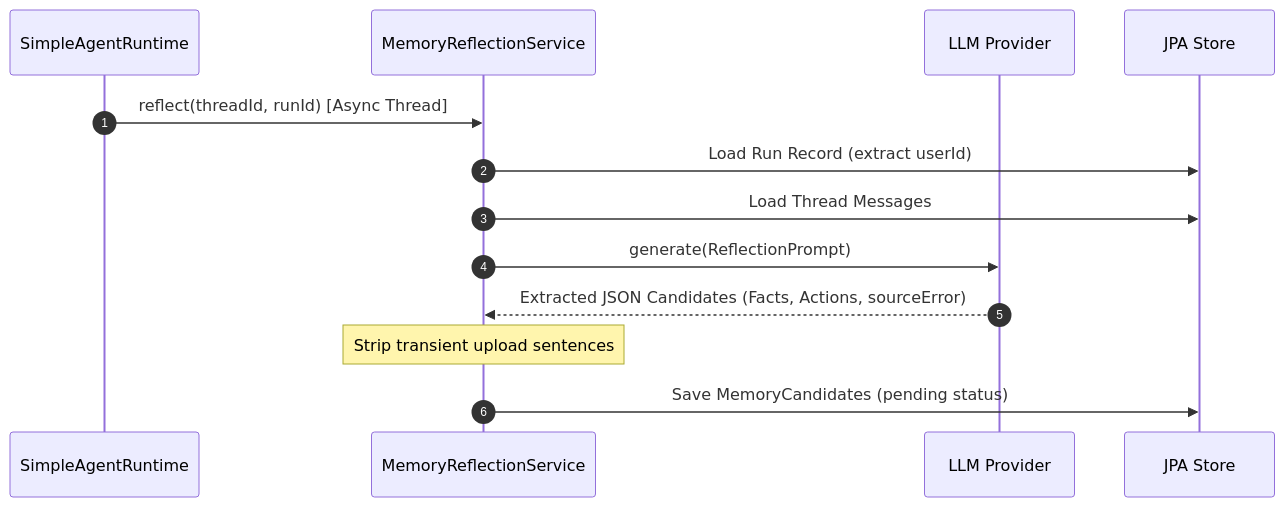
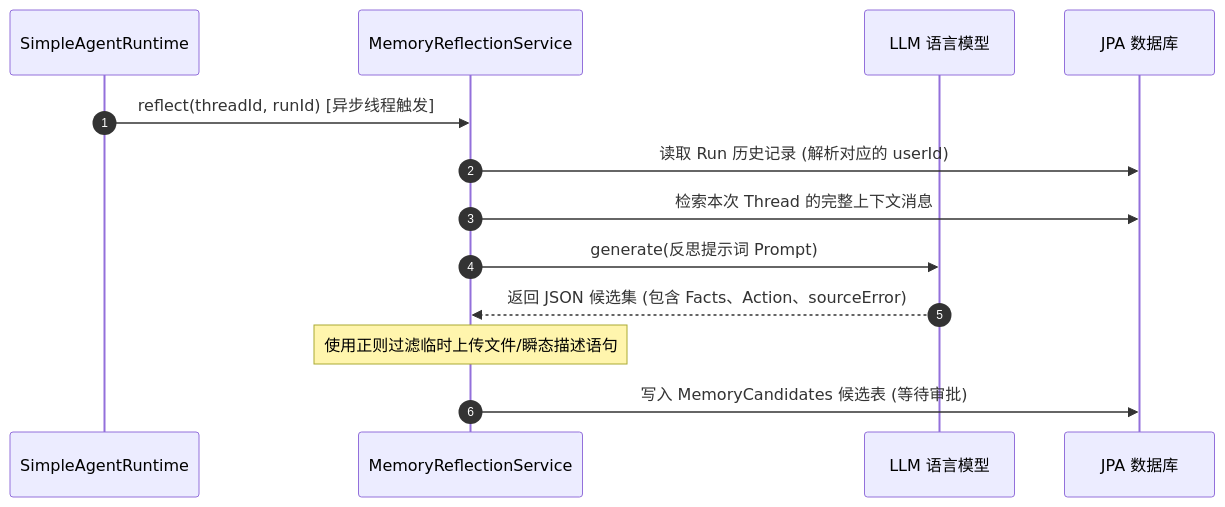
The third of 3 diagrams in deerflow/docs/architecture.md (AarenWang/haifa-ai-deerflow), drawn with Mermaid before and after one commit. The commit also changed other lines of this file, not shown here.

Commit message:
docs: translate technical architecture documentation to Chinese

````diff
--- a/deerflow/docs/architecture.md
+++ b/deerflow/docs/architecture.md
@@ -92,16 +92,16 @@
 ```mermaid
 sequenceDiagram
     autonumber
     participant Runtime as SimpleAgentRuntime
     participant Reflect as MemoryReflectionService
-    participant LLM as LLM Provider
-    participant DB as JPA Store
+    participant LLM as LLM 语言模型
+    participant DB as JPA 数据库
     
-    Runtime->>Reflect: reflect(threadId, runId) [Async Thread]
-    Reflect->>DB: Load Run Record (extract userId)
-    Reflect->>DB: Load Thread Messages
-    Reflect->>LLM: generate(ReflectionPrompt)
-    LLM-->>Reflect: Extracted JSON Candidates (Facts, Actions, sourceError)
-    Note over Reflect: Strip transient upload sentences
-    Reflect->>DB: Save MemoryCandidates (pending status)
+    Runtime->>Reflect: reflect(threadId, runId) [异步线程触发]
+    Reflect->>DB: 读取 Run 历史记录 (解析对应的 userId)
+    Reflect->>DB: 检索本次 Thread 的完整上下文消息
+    Reflect->>LLM: generate(反思提示词 Prompt)
+    LLM-->>Reflect: 返回 JSON 候选集 (包含 Facts、Action、sourceError)
+    Note over Reflect: 使用正则过滤临时上传文件/瞬态描述语句
+    Reflect->>DB: 写入 MemoryCandidates 候选表 (等待审批)
 ```
````
